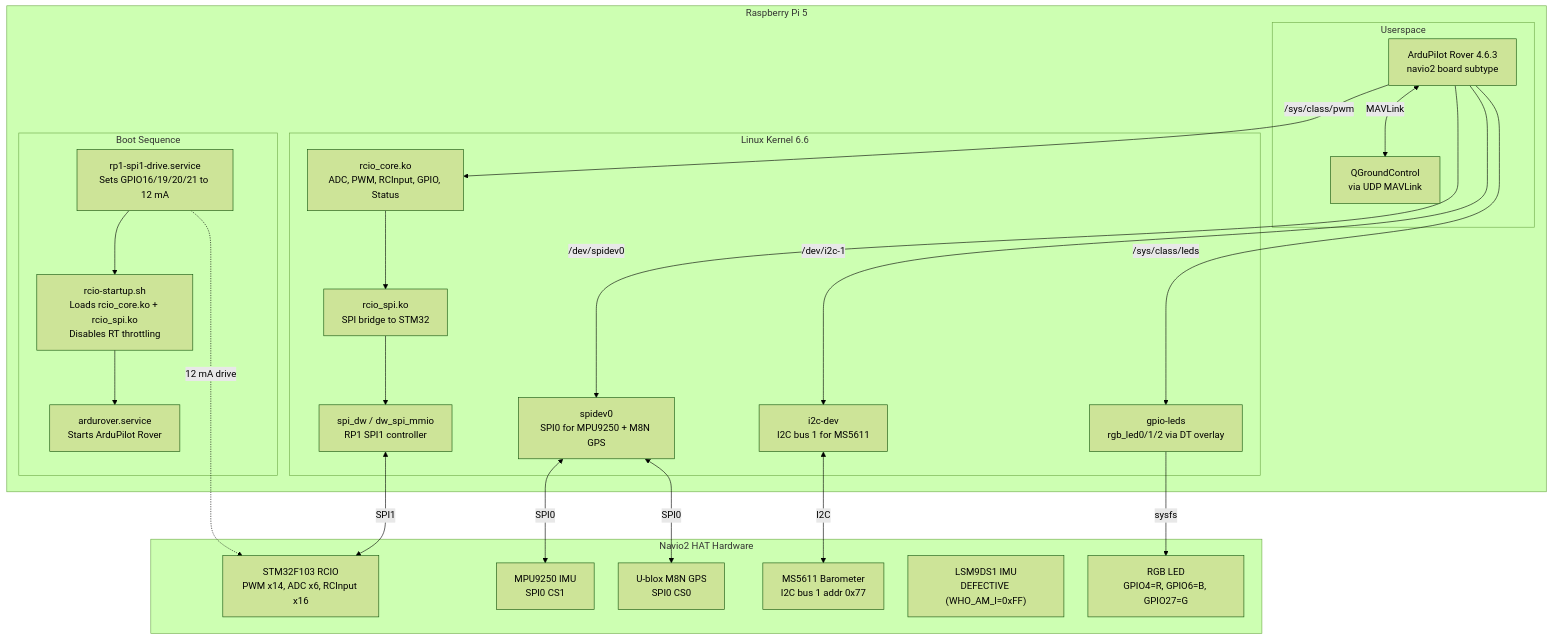
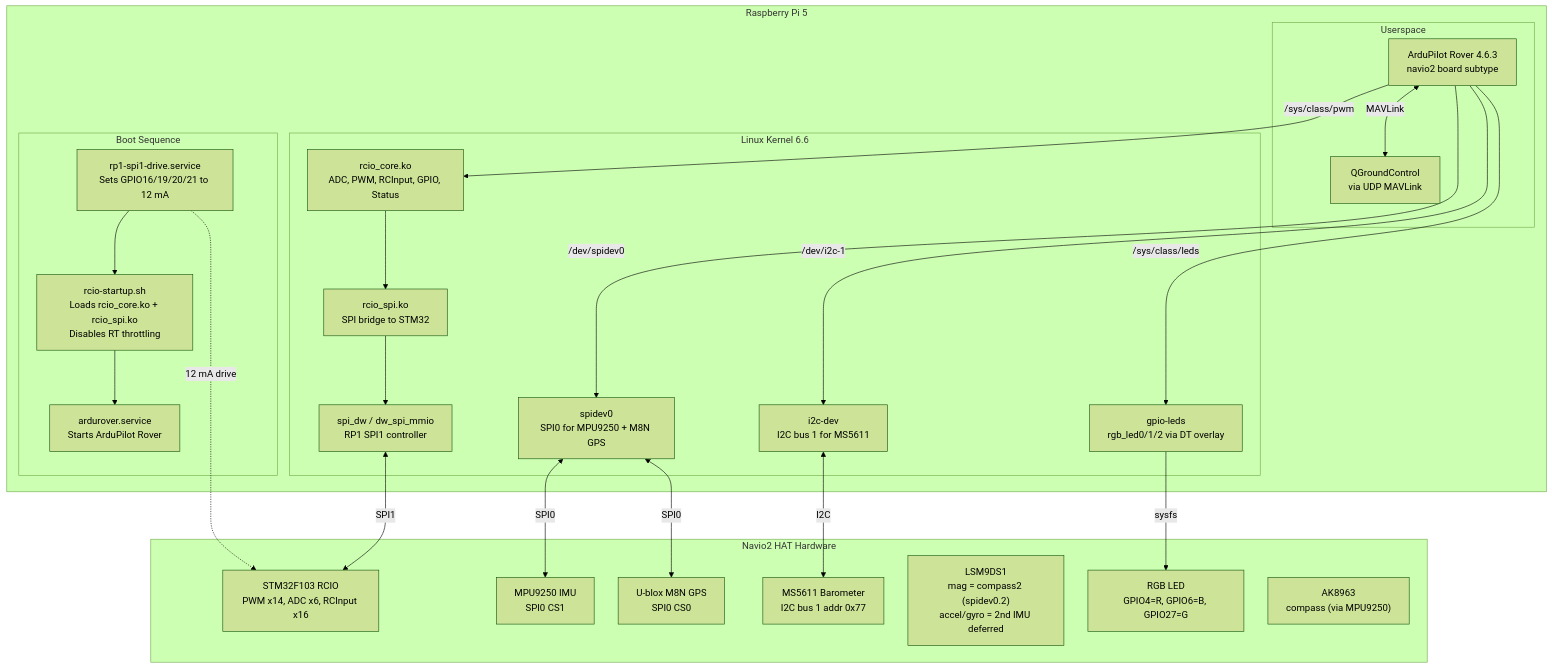
The first of 4 diagrams in docs/TECHNICAL_ARCHITECTURE.md (axonbf/navio2-rpi5-ardupilot), drawn with Mermaid (forest theme) before and after one commit. The commit also changed other lines of this file and 5 other files, not shown here.

First line of the commit message:
docs: sync architecture/design/objective docs to current state

````diff
--- a/docs/TECHNICAL_ARCHITECTURE.md
+++ b/docs/TECHNICAL_ARCHITECTURE.md
@@ -42,49 +42,50 @@
 ```mermaid
 %%{init: {"flowchart": {"nodeSpacing": 40, "rankSpacing": 55, "htmlLabels": true}}}%%
 flowchart TB
     subgraph PI5["Raspberry Pi 5"]
         subgraph BOOT["Boot Sequence"]
             B1["rp1-spi1-drive.service<br/>Sets GPIO16/19/20/21 to 12 mA"]
             B2["rcio-startup.sh<br/>Loads rcio_core.ko + rcio_spi.ko<br/>Disables RT throttling"]
             B3["ardurover.service<br/>Starts ArduPilot Rover"]
             B1 --> B2 --> B3
         end
 
         subgraph KERNEL["Linux Kernel 6.6"]
             K1["rcio_core.ko<br/>ADC, PWM, RCInput, GPIO, Status"]
             K2["rcio_spi.ko<br/>SPI bridge to STM32"]
             K3["spi_dw / dw_spi_mmio<br/>RP1 SPI1 controller"]
             K4["spidev0<br/>SPI0 for MPU9250 + M8N GPS"]
             K5["i2c-dev<br/>I2C bus 1 for MS5611"]
             K6["gpio-leds<br/>rgb_led0/1/2 via DT overlay"]
             K2 --> K3
             K1 --> K2
         end
 
         subgraph USER["Userspace"]
             U1["ArduPilot Rover 4.6.3<br/>navio2 board subtype"]
             U2["QGroundControl<br/>via UDP MAVLink"]
             U1 <-->|MAVLink| U2
         end
     end
 
     subgraph HAT["Navio2 HAT Hardware"]
         H1["STM32F103 RCIO<br/>PWM x14, ADC x6, RCInput x16"]
         H2["MPU9250 IMU<br/>SPI0 CS1"]
         H3["U-blox M8N GPS<br/>SPI0 CS0"]
         H4["MS5611 Barometer<br/>I2C bus 1 addr 0x77"]
-        H5["LSM9DS1 IMU<br/>DEFECTIVE (WHO_AM_I=0xFF)"]
+        H5["LSM9DS1<br/>mag = compass2 (spidev0.2)<br/>accel/gyro = 2nd IMU deferred"]
         H6["RGB LED<br/>GPIO4=R, GPIO6=B, GPIO27=G"]
+        H7["AK8963<br/>compass (via MPU9250)"]
     end
 
     B1 -.->|12 mA drive| H1
     K3 <-->|SPI1| H1
     K4 <-->|SPI0| H2
     K4 <-->|SPI0| H3
     K5 <-->|I2C| H4
     K6 -->|sysfs| H6
     U1 -->|/sys/class/pwm| K1
     U1 -->|/dev/spidev0| K4
     U1 -->|/dev/i2c-1| K5
     U1 -->|/sys/class/leds| K6
 ```
````
